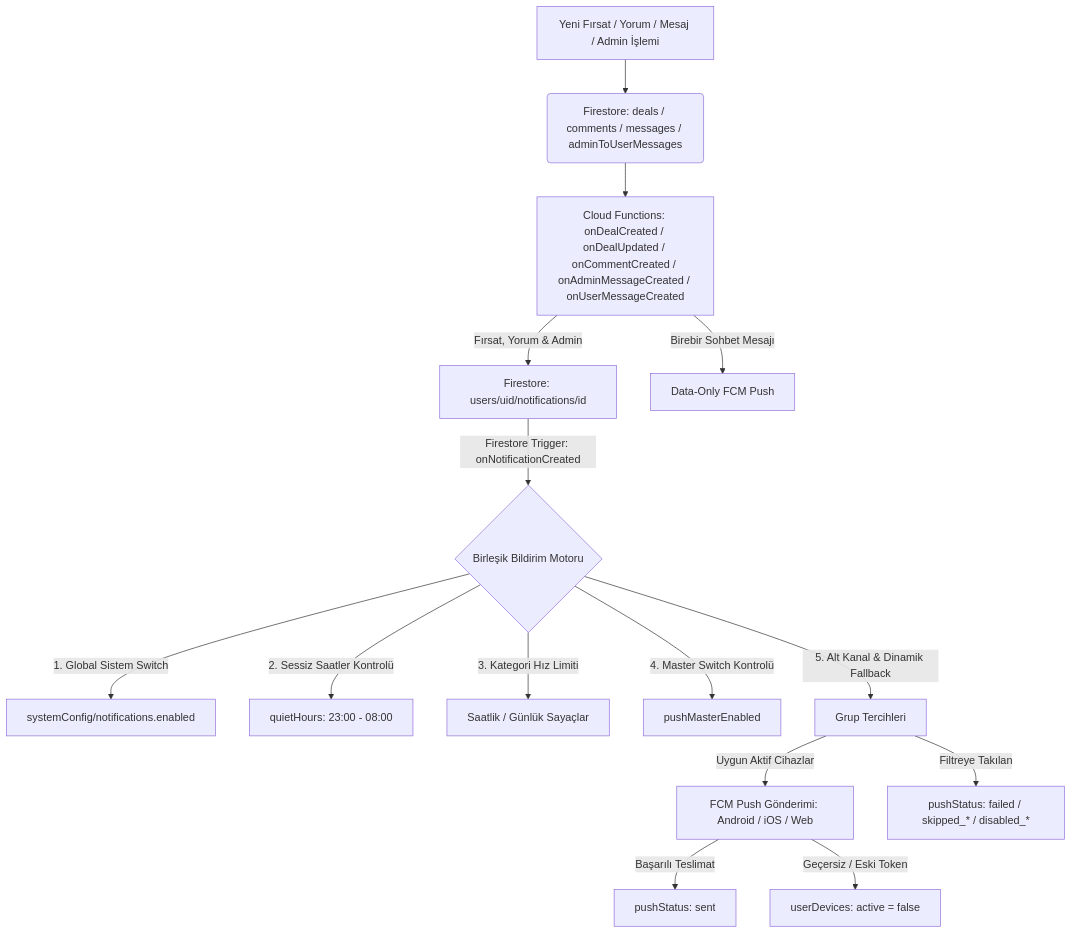
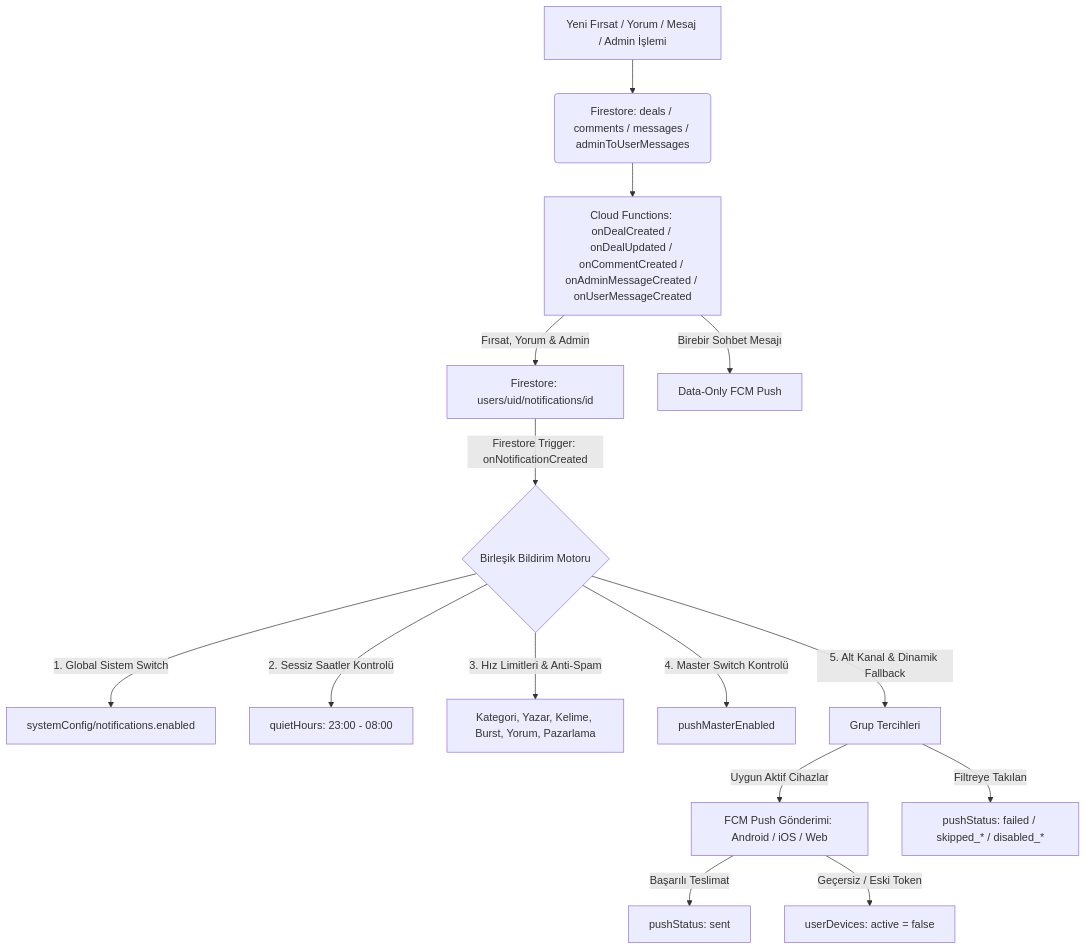
Before and after one commit to gky61/s-cak-f-rsatlar: the diagram in documentation/bildirimler/NOTIFICATION_SYSTEM_ARCHITECT.md, drawn with Mermaid. The commit also changed other lines of this file and 48 other files, not shown here.

````diff
--- a/documentation/bildirimler/NOTIFICATION_SYSTEM_ARCHITECT.md
+++ b/documentation/bildirimler/NOTIFICATION_SYSTEM_ARCHITECT.md
@@ -30,22 +30,22 @@
 ```mermaid
 graph TD
     A[Yeni Fırsat / Yorum / Mesaj / Admin İşlemi] --> B(Firestore: deals / comments / messages / adminToUserMessages)
     B --> C[Cloud Functions: onDealCreated / onDealUpdated / onCommentCreated / onAdminMessageCreated / onUserMessageCreated]
     
     C -->|Fırsat, Yorum & Admin| D[Firestore: users/uid/notifications/id]
     C -->|Birebir Sohbet Mesajı| E[Data-Only FCM Push]
     
     D -->|Firestore Trigger: onNotificationCreated| F{Birleşik Bildirim Motoru}
     
     F -->|1. Global Sistem Switch| G[systemConfig/notifications.enabled]
     F -->|2. Sessiz Saatler Kontrolü| H[quietHours: 23:00 - 08:00]
-    F -->|3. Kategori Hız Limiti| I[Saatlik / Günlük Sayaçlar]
+    F -->|3. Hız Limitleri & Anti-Spam| I[Kategori, Yazar, Kelime, Burst, Yorum, Pazarlama]
     F -->|4. Master Switch Kontrolü| J[pushMasterEnabled]
     F -->|5. Alt Kanal & Dinamik Fallback| K[Grup Tercihleri]
     
     K -->|Uygun Aktif Cihazlar| L[FCM Push Gönderimi: Android / iOS / Web]
     K -->|Filtreye Takılan| M[pushStatus: failed / skipped_* / disabled_*]
     
     L -->|Başarılı Teslimat| N[pushStatus: sent]
     L -->|Geçersiz / Eski Token| O[userDevices: active = false]
 ```
````
